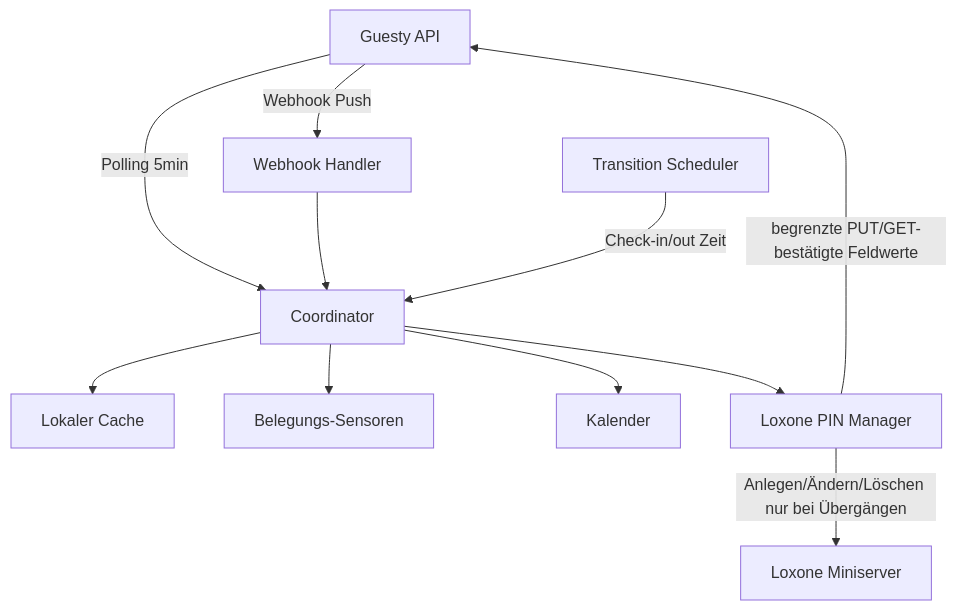
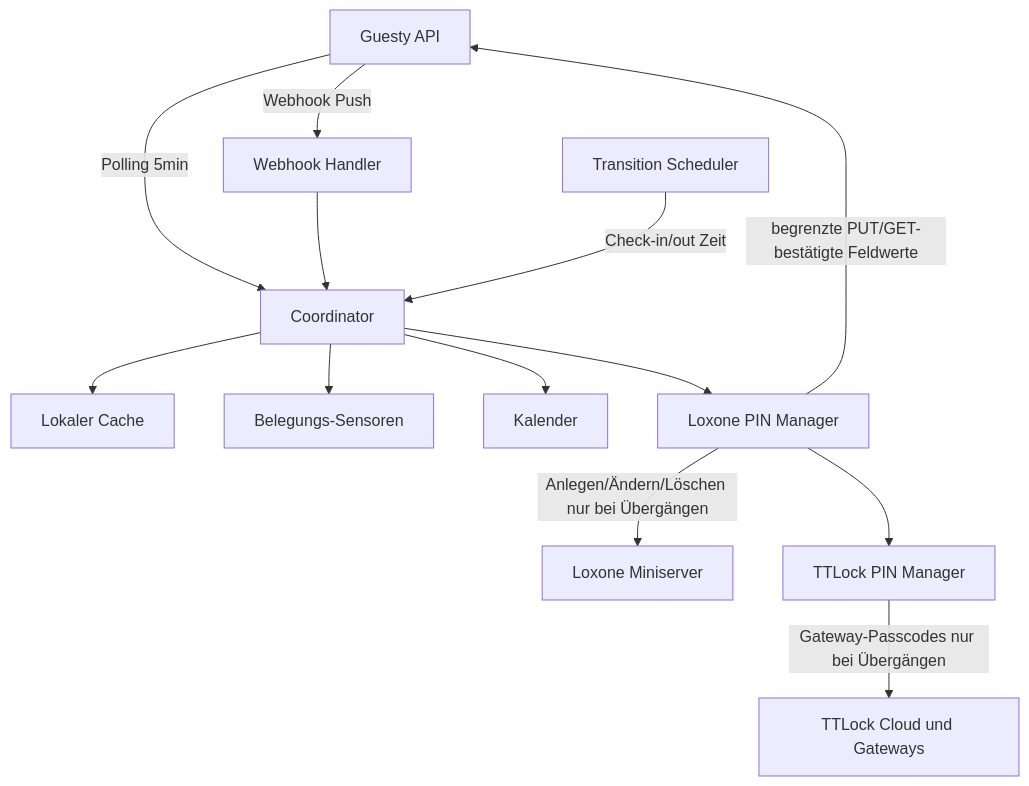
One commit to SVENS0Nb/Guesty-HA-Plugin changed the diagram in README.md. Above: the diagram before and after it, drawn with Mermaid. The commit also changed other lines of this file and 20 other files, not shown here.

````diff
--- a/README.md
+++ b/README.md
@@ -488,13 +603,15 @@
 ```mermaid
 flowchart TD
     A[Guesty API] -->|Polling 5min| B[Coordinator]
     A -->|Webhook Push| C[Webhook Handler]
     C --> B
     B --> D[Lokaler Cache]
     B --> E[Belegungs-Sensoren]
     B --> F[Kalender]
     B --> H[Loxone PIN Manager]
     H -->|begrenzte PUT/GET-bestätigte Feldwerte| A
     H -->|Anlegen/Ändern/Löschen nur bei Übergängen| I[Loxone Miniserver]
+    H --> J[TTLock PIN Manager]
+    J -->|Gateway-Passcodes nur bei Übergängen| K[TTLock Cloud und Gateways]
     G[Transition Scheduler] -->|Check-in/out Zeit| B
 ```
````
